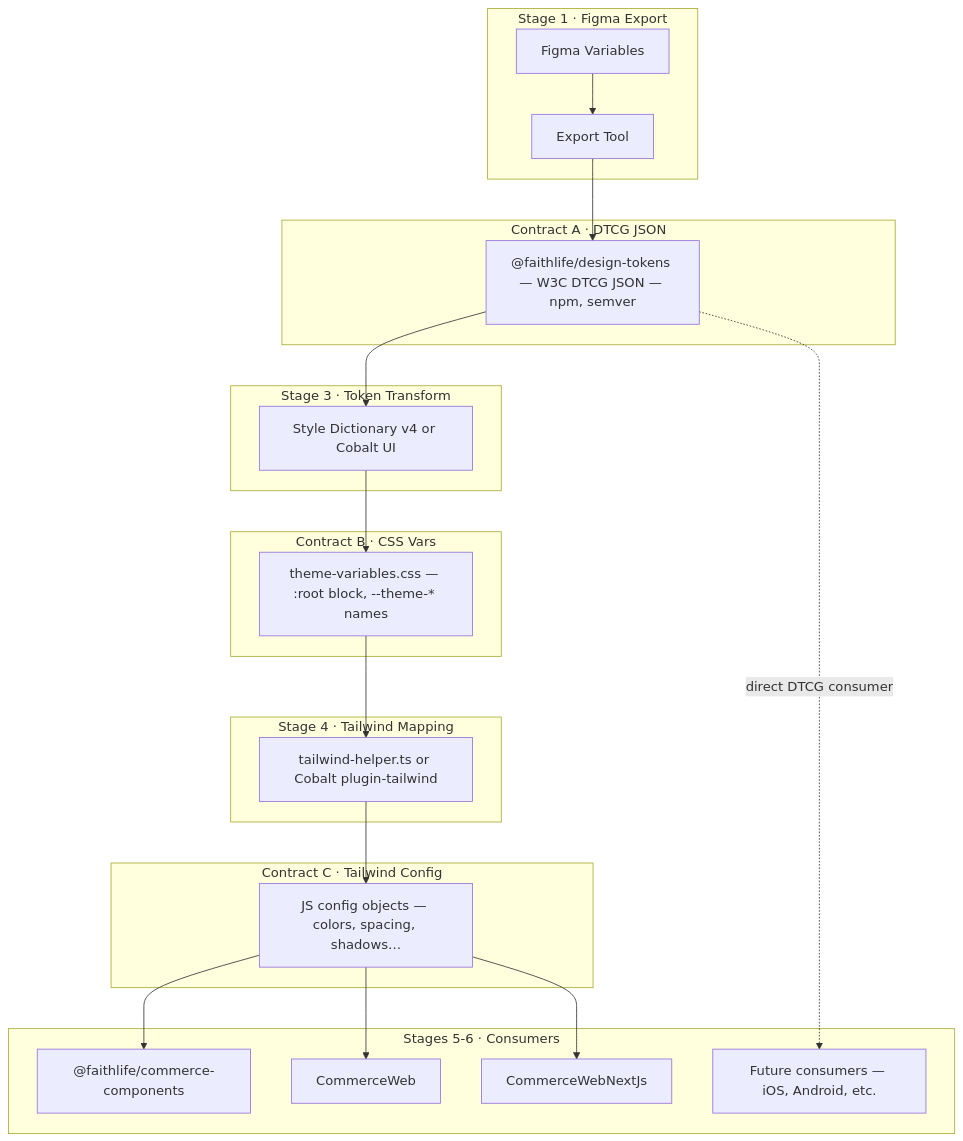
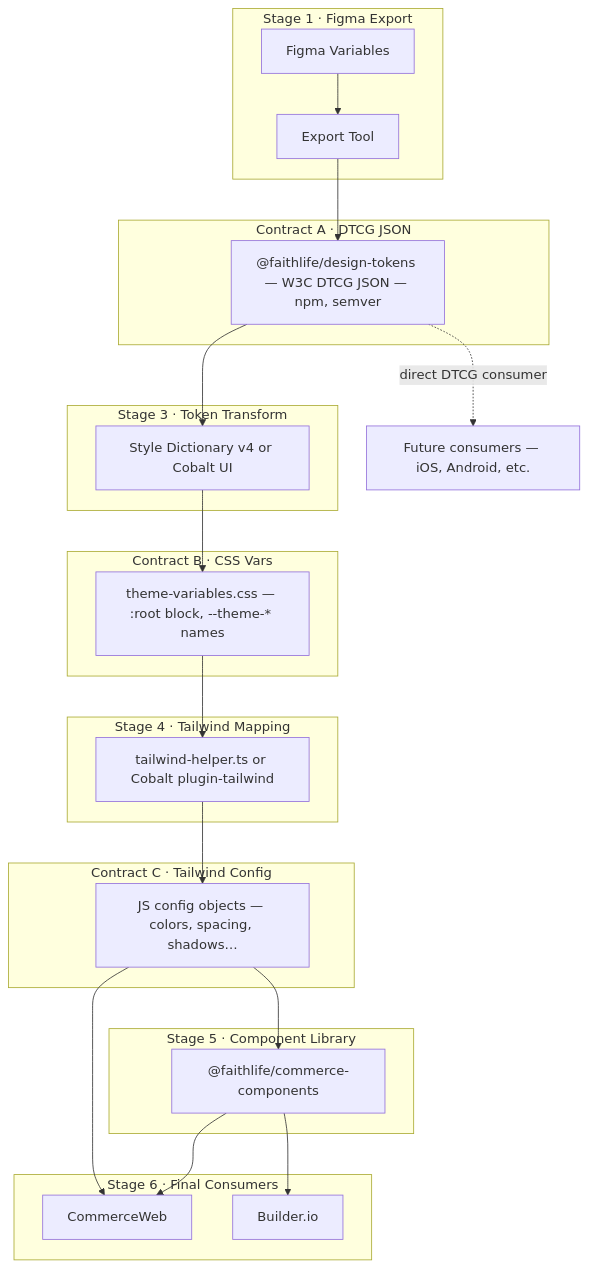
One commit to calebn/design-system-theme-evolution changed the first of 2 diagrams in inventory/docs/13-token-pipeline.md. Above: the diagram before and after it, drawn with Mermaid. The commit also changed other lines of this file, not shown here.

Commit message:
Correct pipeline diagram: remove CommerceWebNextJs, show CommerceWeb consuming both theme and components, add Builder.io as a consumer.

````diff
--- a/inventory/docs/13-token-pipeline.md
+++ b/inventory/docs/13-token-pipeline.md
@@ -10,45 +10,50 @@
 ```mermaid
 flowchart TD
   subgraph s1 [Stage 1 · Figma Export]
     Figma[Figma Variables]
     FigmaExport[Export Tool]
     Figma --> FigmaExport
   end
 
   subgraph cA [Contract A · DTCG JSON]
     DTCG["@faithlife/design-tokens — W3C DTCG JSON — npm, semver"]
   end
 
   subgraph s3 [Stage 3 · Token Transform]
     Transform["Style Dictionary v4 or Cobalt UI"]
   end
 
   subgraph cB [Contract B · CSS Vars]
     CSS["theme-variables.css — :root block, --theme-* names"]
   end
 
   subgraph s4 [Stage 4 · Tailwind Mapping]
     TW["tailwind-helper.ts or Cobalt plugin-tailwind"]
   end
 
   subgraph cC [Contract C · Tailwind Config]
     TWC["JS config objects — colors, spacing, shadows…"]
   end
 
-  subgraph s56 [Stages 5-6 · Consumers]
+  subgraph s5 [Stage 5 · Component Library]
     CC["@faithlife/commerce-components"]
+  end
+
+  subgraph s6 [Stage 6 · Final Consumers]
     CW[CommerceWeb]
-    CWNJ[CommerceWebNextJs]
-    Native["Future consumers — iOS, Android, etc."]
+    Builder[Builder.io]
   end
+
+  Native["Future consumers — iOS, Android, etc."]
 
   FigmaExport --> DTCG
   DTCG --> Transform
   DTCG -.->|"direct DTCG consumer"| Native
   Transform --> CSS
   CSS --> TW
   TW --> TWC
   TWC --> CC
   TWC --> CW
-  TWC --> CWNJ
+  CC --> CW
+  CC --> Builder
 ```
````
